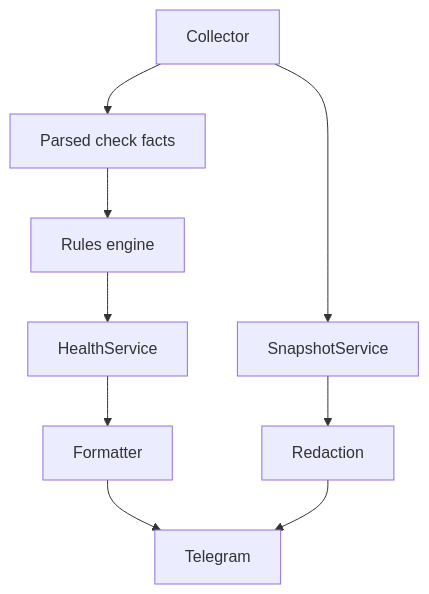
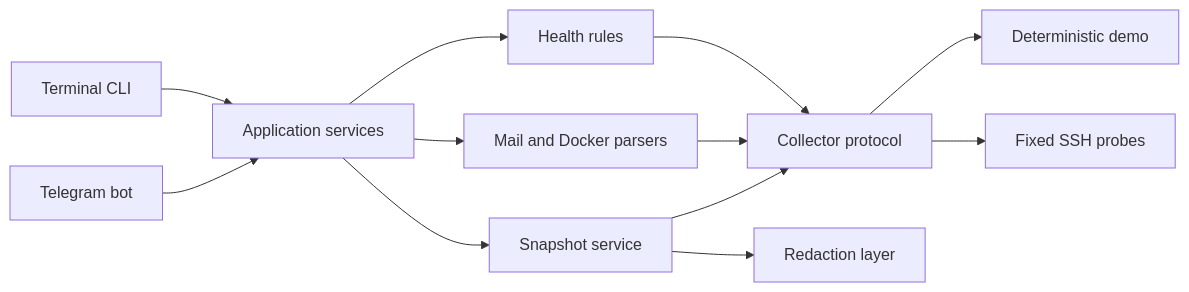
The diagram in README.md (Anton-Babaskin/FleetOps), drawn with Mermaid before and after one commit. The commit also changed other lines of this file and 6 other files, not shown here.

````diff
--- a/README.md
+++ b/README.md
@@ -24,11 +198,14 @@
 ```mermaid
-flowchart TD
-    Collector --> Parsed[Parsed check facts]
-    Parsed --> Rules[Rules engine]
-    Rules --> HealthService
-    HealthService --> Formatter
-    Formatter --> Telegram
-    Collector --> SnapshotService
-    SnapshotService --> Redaction
-    Redaction --> Telegram
+flowchart LR
+    CLI[Terminal CLI] --> Services[Application services]
+    TG[Telegram bot] --> Services
+    Services --> Health[Health rules]
+    Services --> Parsers[Mail and Docker parsers]
+    Services --> Snapshots[Snapshot service]
+    Health --> Collector[Collector protocol]
+    Parsers --> Collector
+    Snapshots --> Collector
+    Collector --> Demo[Deterministic demo]
+    Collector --> SSH[Fixed SSH probes]
+    Snapshots --> Redaction[Redaction layer]
 ```
````
